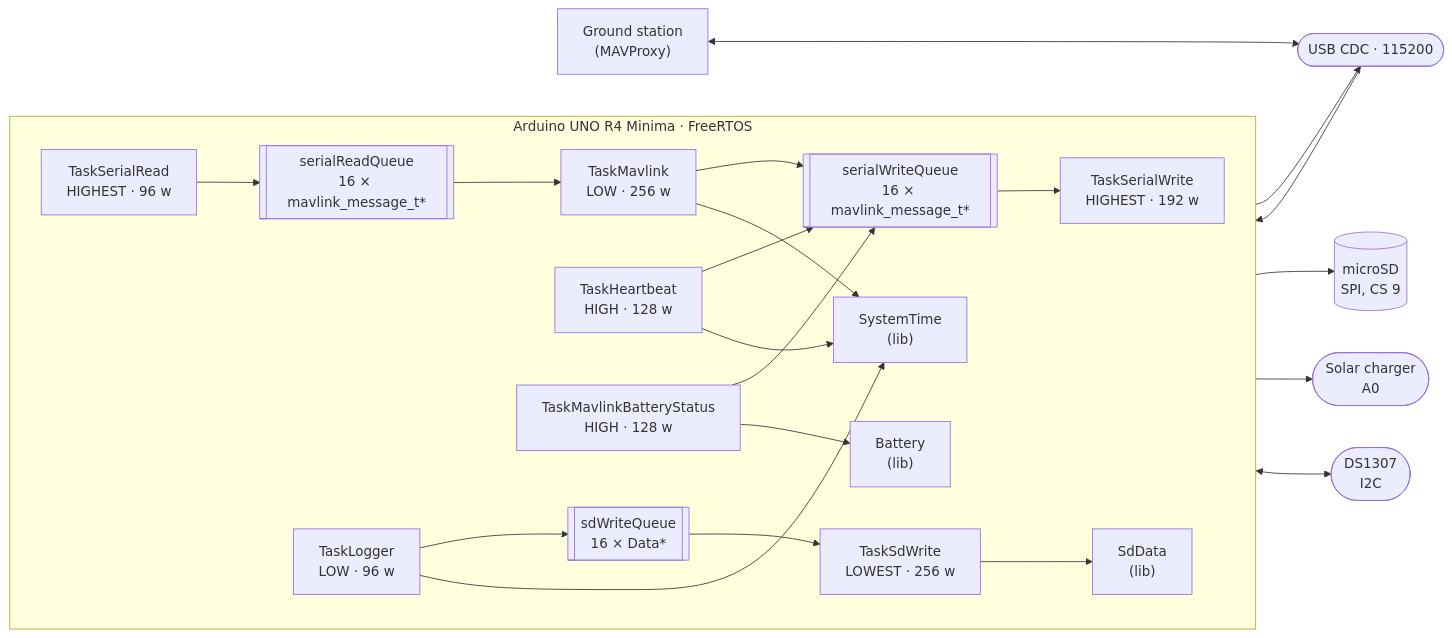
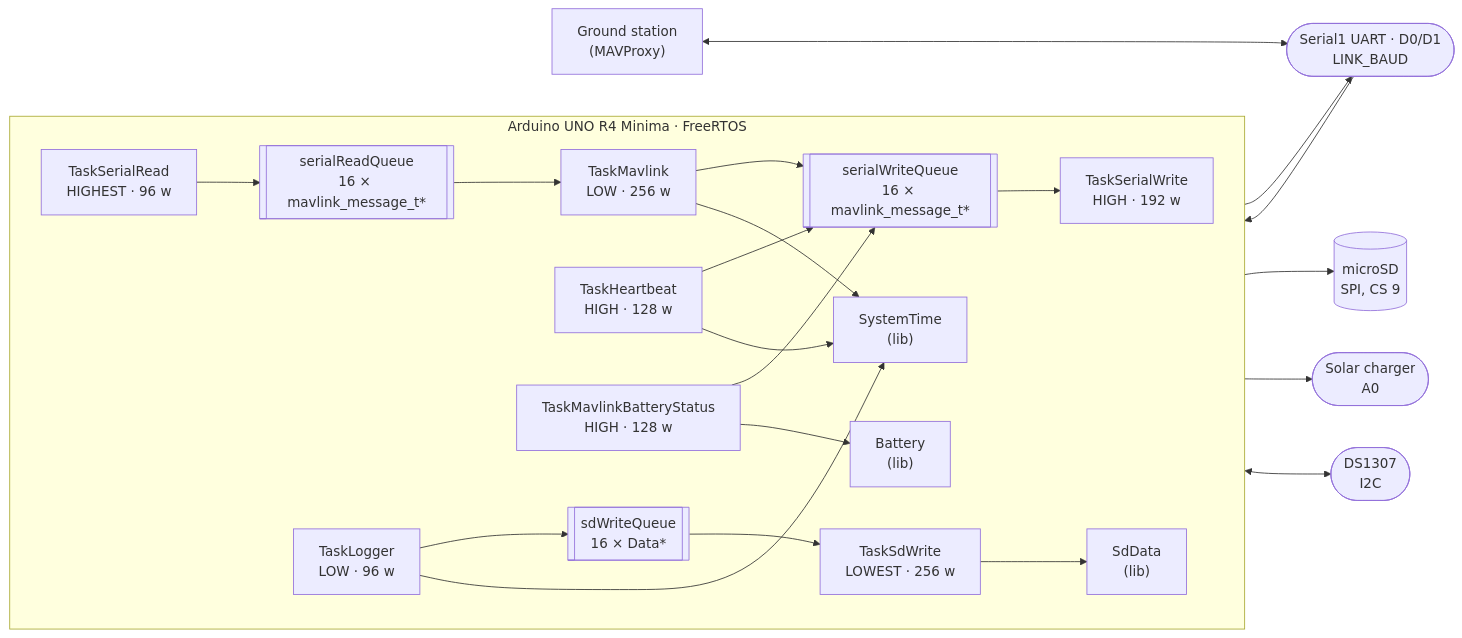
One commit to hectorespert/BoredomOS changed the diagram in ARCHITECTURE.md. Above: the diagram before and after it, drawn with Mermaid. The commit also changed other lines of this file and 10 other files, not shown here.

````diff
--- a/ARCHITECTURE.md
+++ b/ARCHITECTURE.md
@@ -31,48 +31,48 @@
 ```mermaid
 flowchart LR
     GCS["Ground station<br/>(MAVProxy)"]
 
     subgraph board["Arduino UNO R4 Minima · FreeRTOS"]
         direction LR
 
         SR["TaskSerialRead<br/>HIGHEST · 96 w"]
-        SW["TaskSerialWrite<br/>HIGHEST · 192 w"]
+        SW["TaskSerialWrite<br/>HIGH · 192 w"]
         MV["TaskMavlink<br/>LOW · 256 w"]
         HB["TaskHeartbeat<br/>HIGH · 128 w"]
         BS["TaskMavlinkBatteryStatus<br/>HIGH · 128 w"]
         LG["TaskLogger<br/>LOW · 96 w"]
         SDW["TaskSdWrite<br/>LOWEST · 256 w"]
 
         RQ[["serialReadQueue<br/>16 × mavlink_message_t*"]]
         WQ[["serialWriteQueue<br/>16 × mavlink_message_t*"]]
         DQ[["sdWriteQueue<br/>16 × Data*"]]
 
         BAT["Battery<br/>(lib)"]
         ST["SystemTime<br/>(lib)"]
         SDD["SdData<br/>(lib)"]
     end
 
-    USB(["USB CDC · 115200"])
+    LINK(["Serial1 UART · D0/D1<br/>LINK_BAUD"])
     CARD[("microSD<br/>SPI, CS 9")]
     ADC(["Solar charger<br/>A0"])
     RTC(["DS1307<br/>I2C"])
 
-    GCS <--> USB
-    USB --> SR
-    SW --> USB
+    GCS <--> LINK
+    LINK --> SR
+    SW --> LINK
 
     SR --> RQ --> MV
     MV --> WQ
     HB --> WQ
     BS --> WQ
     WQ --> SW
 
     LG --> DQ --> SDW
     SDW --> SDD --> CARD
 
     BS --> BAT --> ADC
     MV --> ST
     HB --> ST
     LG --> ST
     ST <--> RTC
 ```
````
